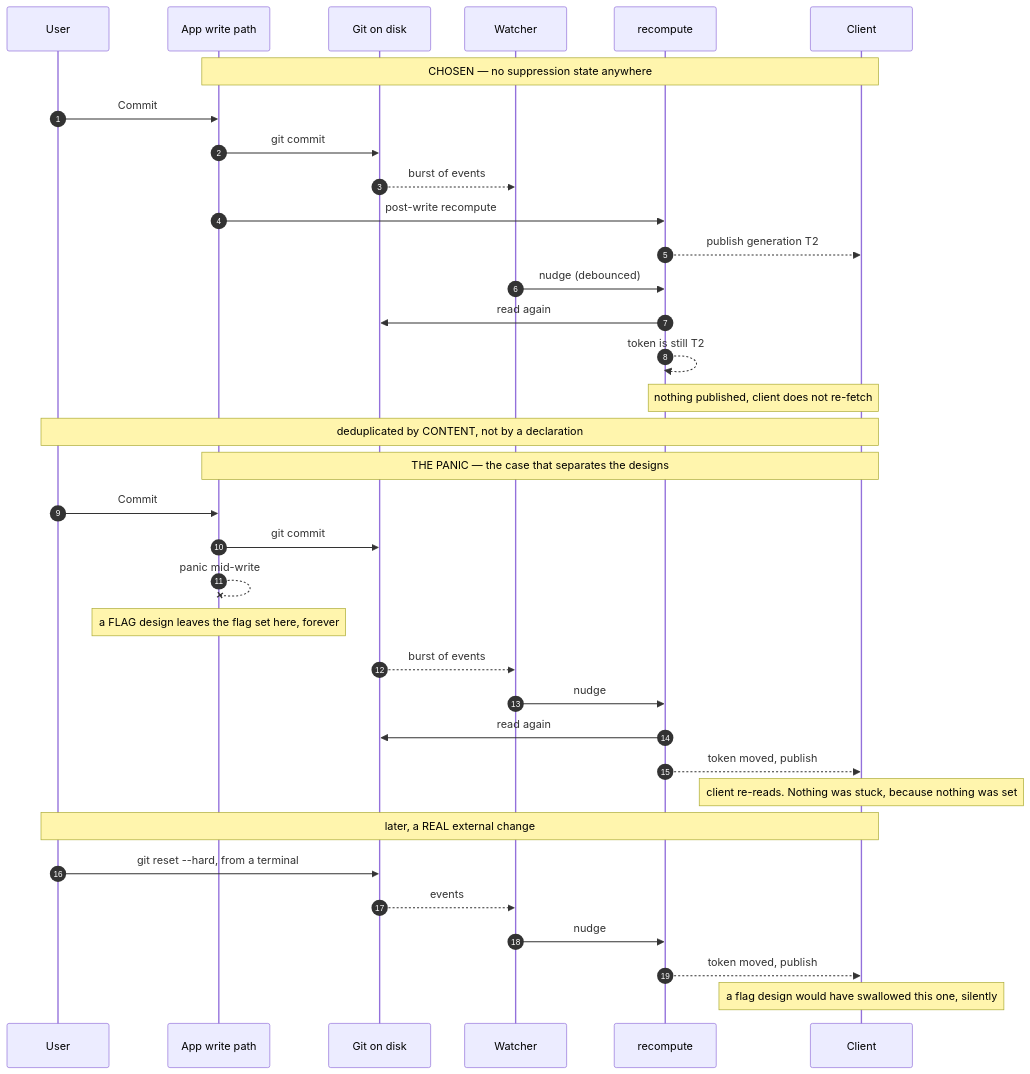
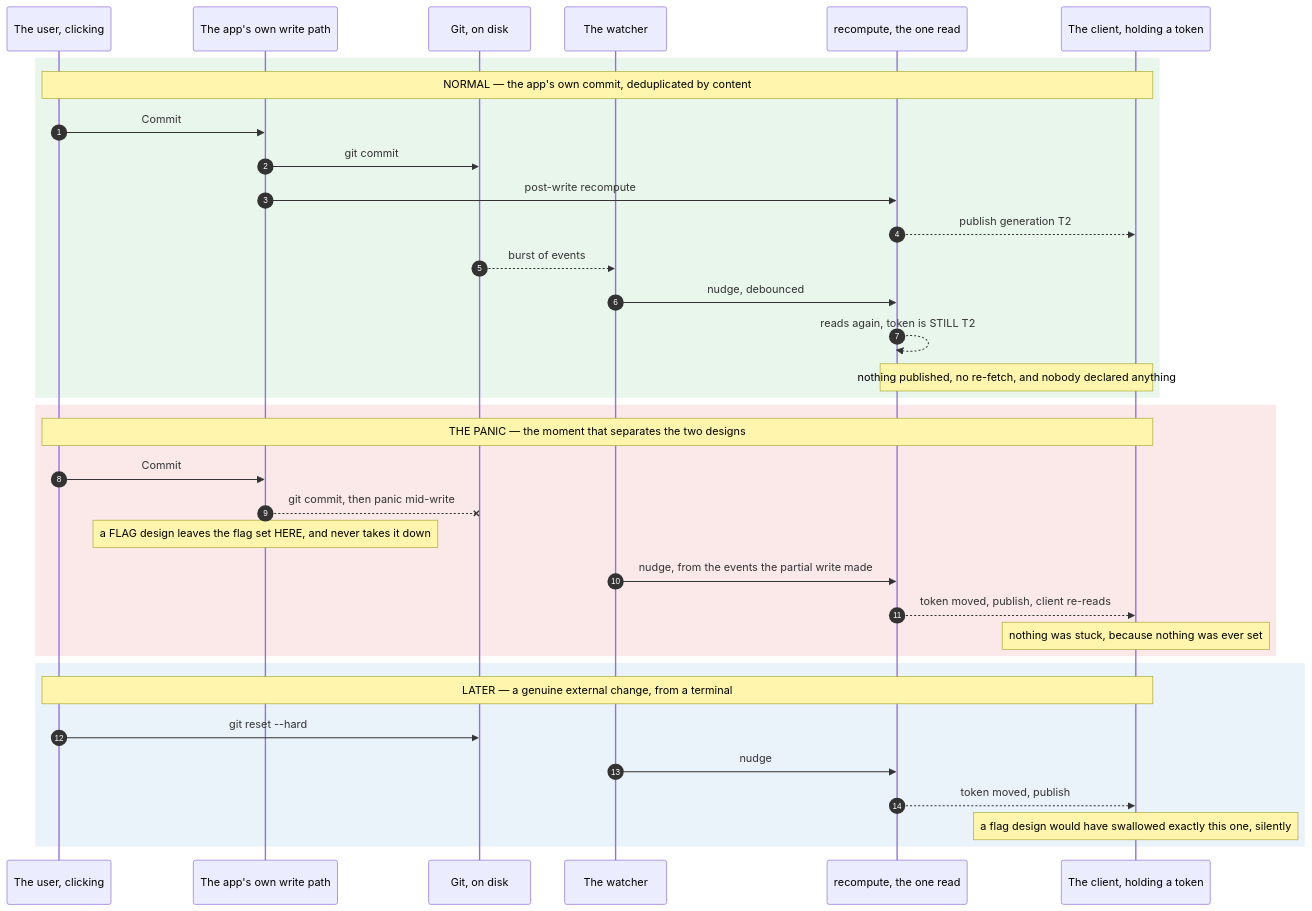
The fifth of 9 diagrams in docs/superpowers/specs/m3.26-external-changes.md (tom2025b/git-vista), drawn with Mermaid before and after one commit. The commit also changed other lines of this file and 1 other file, not shown here.

First line of the commit message:
docs(#551): nine diagrams, verified rendered — and the PDF twin

````diff
--- a/docs/superpowers/specs/m3.26-external-changes.md
+++ b/docs/superpowers/specs/m3.26-external-changes.md
@@ -551,40 +593,40 @@
 ```mermaid
 sequenceDiagram
     autonumber
-    participant U as User
-    participant A as App write path
-    participant G as Git on disk
-    participant W as Watcher
-    participant R as recompute
-    participant C as Client
+    participant U as The user, clicking
+    participant A as The app's own write path
+    participant G as Git, on disk
+    participant W as The watcher
+    participant R as recompute, the one read
+    participant C as The client, holding a token
 
-    Note over A,C: CHOSEN — no suppression state anywhere
+    rect rgb(233, 246, 236)
+    Note over U,C: NORMAL — the app's own commit, deduplicated by content
     U->>A: Commit
     A->>G: git commit
-    G-->>W: burst of events
     A->>R: post-write recompute
     R-->>C: publish generation T2
-    W->>R: nudge (debounced)
-    R->>G: read again
-    R-->>R: token is still T2
-    Note over R,C: nothing published, client does not re-fetch
-    Note over U,C: deduplicated by CONTENT, not by a declaration
+    G-->>W: burst of events
+    W->>R: nudge, debounced
+    R-->>R: reads again, token is STILL T2
+    Note over R,C: nothing published, no re-fetch, and nobody declared anything
+    end
 
-    Note over A,C: THE PANIC — the case that separates the designs
+    rect rgb(251, 233, 233)
+    Note over U,C: THE PANIC — the moment that separates the two designs
     U->>A: Commit
-    A->>G: git commit
-    A--xA: panic mid-write
-    Note over A: a FLAG design leaves the flag set here, forever
-    G-->>W: burst of events
-    W->>R: nudge
-    R->>G: read again
-    R-->>C: token moved, publish
-    Note over C: client re-reads. Nothing was stuck, because nothing was set
+    A--xG: git commit, then panic mid-write
+    Note over A: a FLAG design leaves the flag set HERE, and never takes it down
+    W->>R: nudge, from the events the partial write made
+    R-->>C: token moved, publish, client re-reads
+    Note over C: nothing was stuck, because nothing was ever set
+    end
 
-    Note over U,C: later, a REAL external change
-    U->>G: git reset --hard, from a terminal
-    G-->>W: events
+    rect rgb(234, 242, 250)
+    Note over U,C: LATER — a genuine external change, from a terminal
+    U->>G: git reset --hard
     W->>R: nudge
     R-->>C: token moved, publish
-    Note over C: a flag design would have swallowed this one, silently
+    Note over C: a flag design would have swallowed exactly this one, silently
+    end
 ```
````
